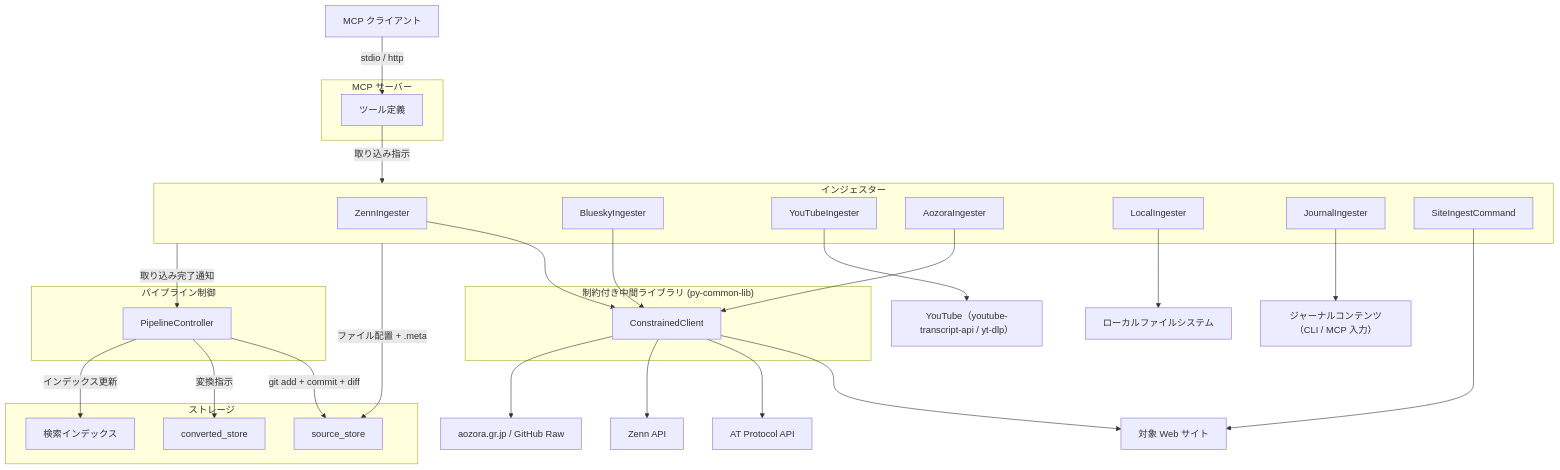
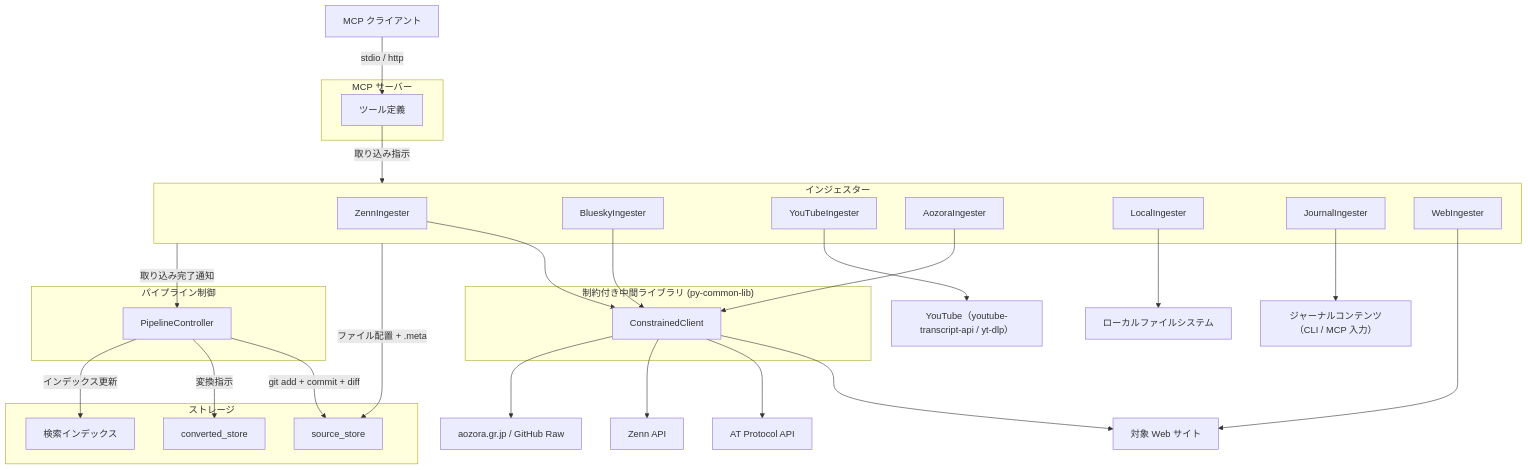
Before and after one commit to becky3/rag-knowledge: the diagram in docs/specs/ingesters/common.md, drawn with Mermaid. The commit also changed other lines of this file and 17 other files, not shown here.

````diff
--- a/docs/specs/ingesters/common.md
+++ b/docs/specs/ingesters/common.md
@@ -291,59 +292,59 @@
 ```mermaid
 flowchart TB
     CLIENT["MCP クライアント"]
 
     subgraph MCP["MCP サーバー"]
         TOOLS["ツール定義"]
     end
 
     subgraph Pipeline["パイプライン制御"]
         PC["PipelineController"]
     end
 
     subgraph Ingesters["インジェスター"]
         ZING["ZennIngester"]
         BING["BlueskyIngester"]
         YING["YouTubeIngester"]
         AING["AozoraIngester"]
         DING["LocalIngester"]
         JING["JournalIngester"]
-        SITE["SiteIngestCommand"]
+        WING["WebIngester"]
     end
 
     subgraph Safety["制約付き中間ライブラリ (py-common-lib)"]
         CC["ConstrainedClient"]
     end
 
     subgraph Storage["ストレージ"]
         SS["source_store"]
         CONV["converted_store"]
         IDX["検索インデックス"]
     end
 
     WEB["対象 Web サイト"]
     AT_API["AT Protocol API"]
     ZENN_API["Zenn API"]
     YT_API["YouTube（youtube-transcript-api / yt-dlp）"]
     FS["ローカルファイルシステム"]
     JNL_INPUT["ジャーナルコンテンツ（CLI / MCP 入力）"]
 
     CLIENT -->|stdio / http| TOOLS
     TOOLS -->|取り込み指示| Ingesters
     ZING --> CC
     BING --> CC
     CC --> WEB
     CC --> AT_API
     CC --> ZENN_API
     AING --> CC
     CC --> AOZORA["aozora.gr.jp / GitHub Raw"]
-    SITE --> WEB
+    WING --> WEB
     YING --> YT_API
     DING --> FS
     JING --> JNL_INPUT
 
     Ingesters -->|ファイル配置 + .meta| SS
     Ingesters -->|取り込み完了通知| PC
     PC -->|git add + commit + diff| SS
     PC -->|変換指示| CONV
     PC -->|インデックス更新| IDX
 ```
````
